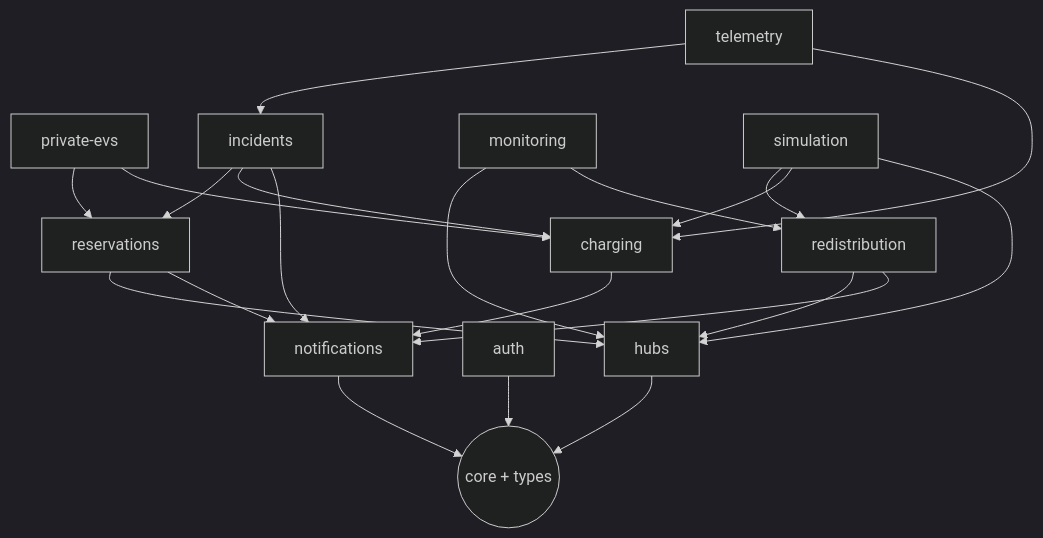
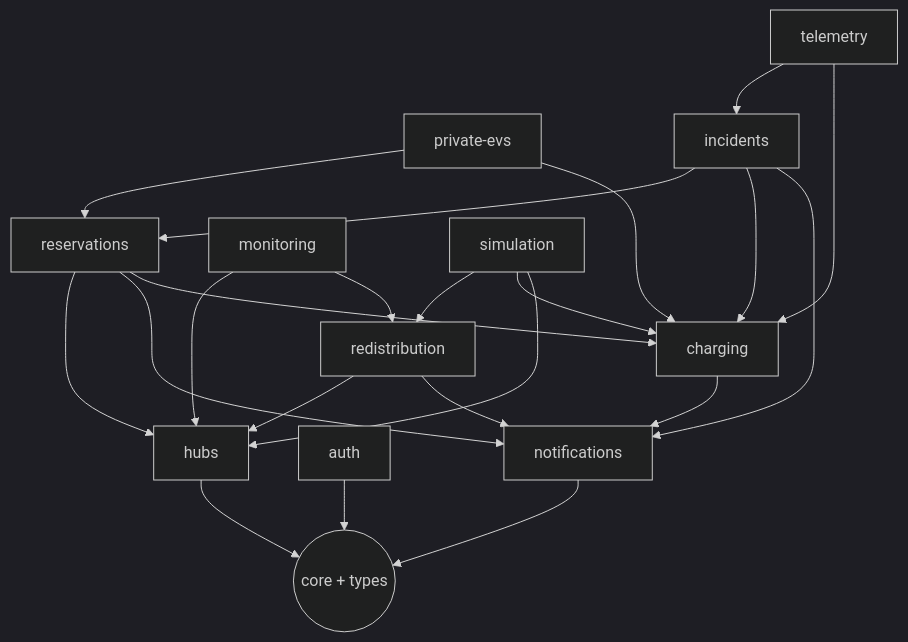
The second of 2 diagrams in docs/ARCHITECTURE.md (khangluc31/Smart-E-Mobility-Hub), drawn with Mermaid (dark theme) before and after one commit. The commit also changed other lines of this file and 2 other files, not shown here.

````diff
--- a/docs/ARCHITECTURE.md
+++ b/docs/ARCHITECTURE.md
@@ -106,24 +106,25 @@
 ```mermaid
 flowchart TD
   core((core + types))
   hubs --> core
   auth --> core
   notifications --> core
   reservations --> hubs
   reservations --> notifications
+  reservations --> charging
   charging --> notifications
   privateEvs[private-evs] --> reservations
   privateEvs --> charging
   incidents --> reservations
   incidents --> charging
   incidents --> notifications
   monitoring --> hubs
   monitoring --> redistribution
   redistribution --> hubs
   redistribution --> notifications
   telemetry --> incidents
   telemetry --> charging
   simulation --> redistribution
   simulation --> charging
   simulation --> hubs
 ```
````
